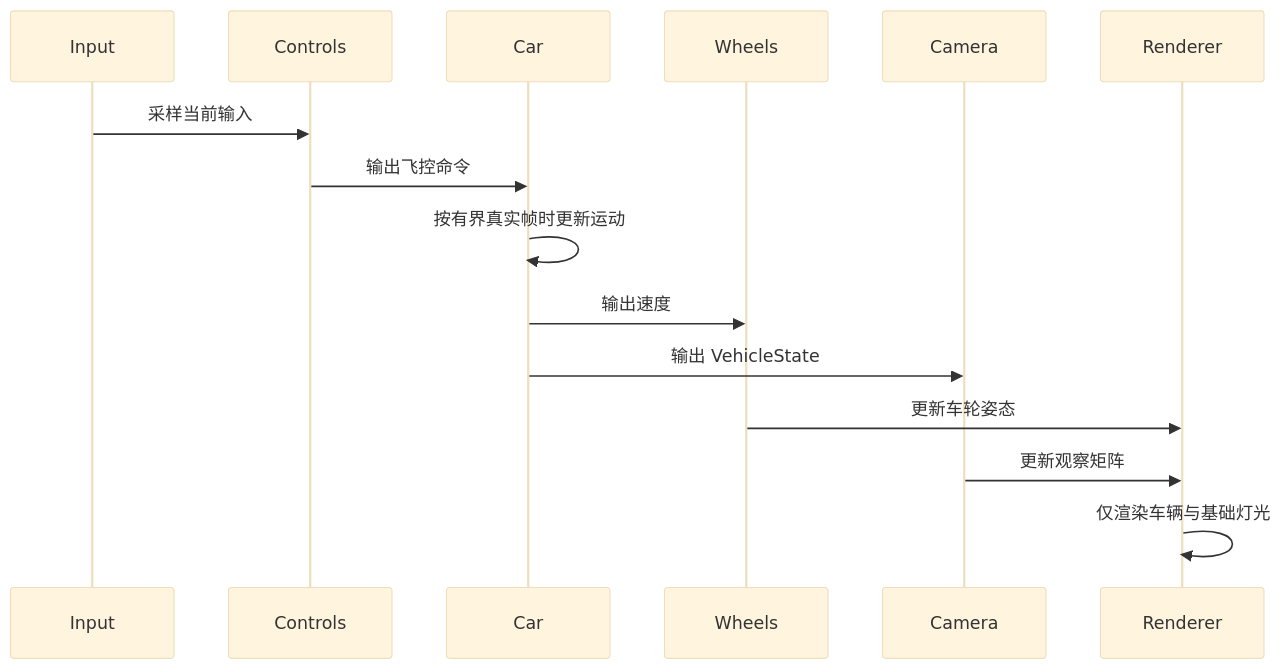
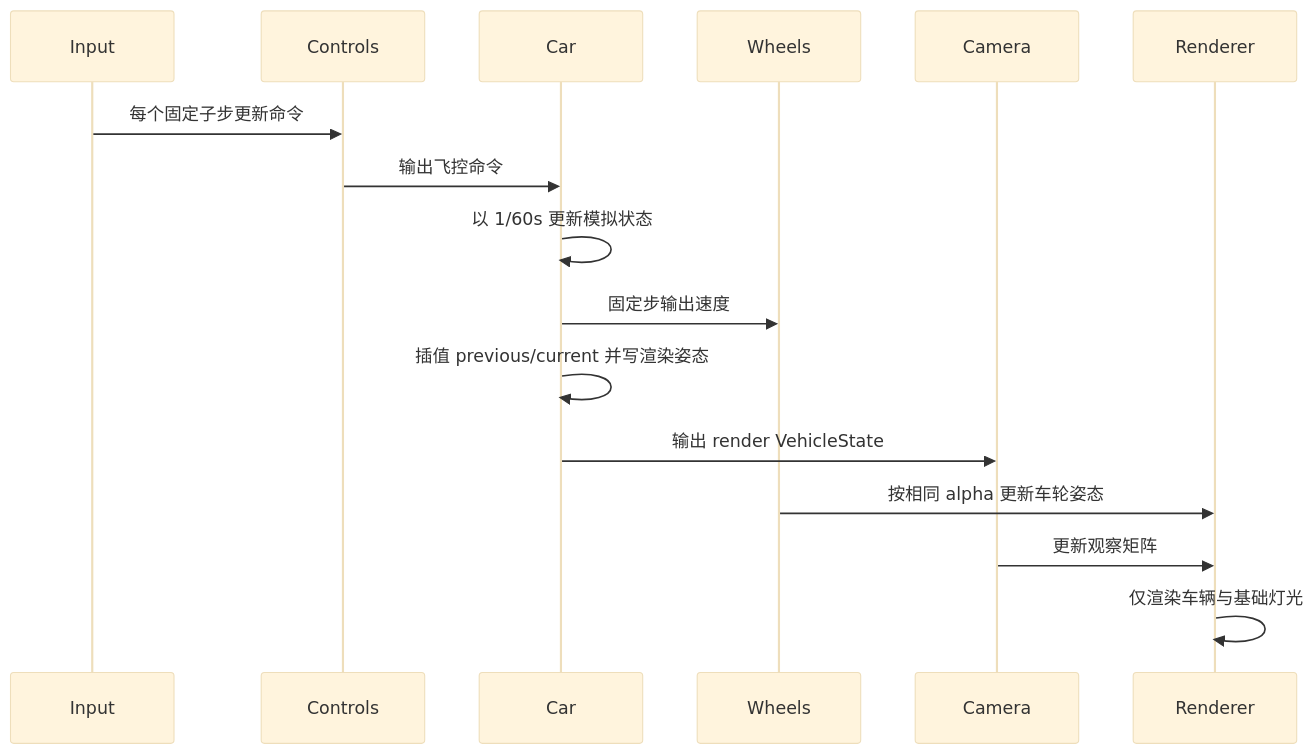
Before and after one commit to 64n-goxutech/shader-roam: the second of 2 diagrams in docs/architecture/core-drive/README.md, drawn with Mermaid (base theme). The commit also changed other lines of this file and 13 other files, not shown here.

Commit message:
fix(core-drive): stabilize vehicle and camera motion

````diff
--- a/docs/architecture/core-drive/README.md
+++ b/docs/architecture/core-drive/README.md
@@ -52,18 +57,19 @@
 ```mermaid
 sequenceDiagram
     participant Input
     participant Controls
     participant Car
     participant Wheels
     participant Camera
     participant Renderer
 
-    Input->>Controls: 采样当前输入
+    Input->>Controls: 每个固定子步更新命令
     Controls->>Car: 输出飞控命令
-    Car->>Car: 按有界真实帧时更新运动
-    Car->>Wheels: 输出速度
-    Car->>Camera: 输出 VehicleState
-    Wheels->>Renderer: 更新车轮姿态
+    Car->>Car: 以 1/60s 更新模拟状态
+    Car->>Wheels: 固定步输出速度
+    Car->>Car: 插值 previous/current 并写渲染姿态
+    Car->>Camera: 输出 render VehicleState
+    Wheels->>Renderer: 按相同 alpha 更新车轮姿态
     Camera->>Renderer: 更新观察矩阵
     Renderer->>Renderer: 仅渲染车辆与基础灯光
 ```
````
